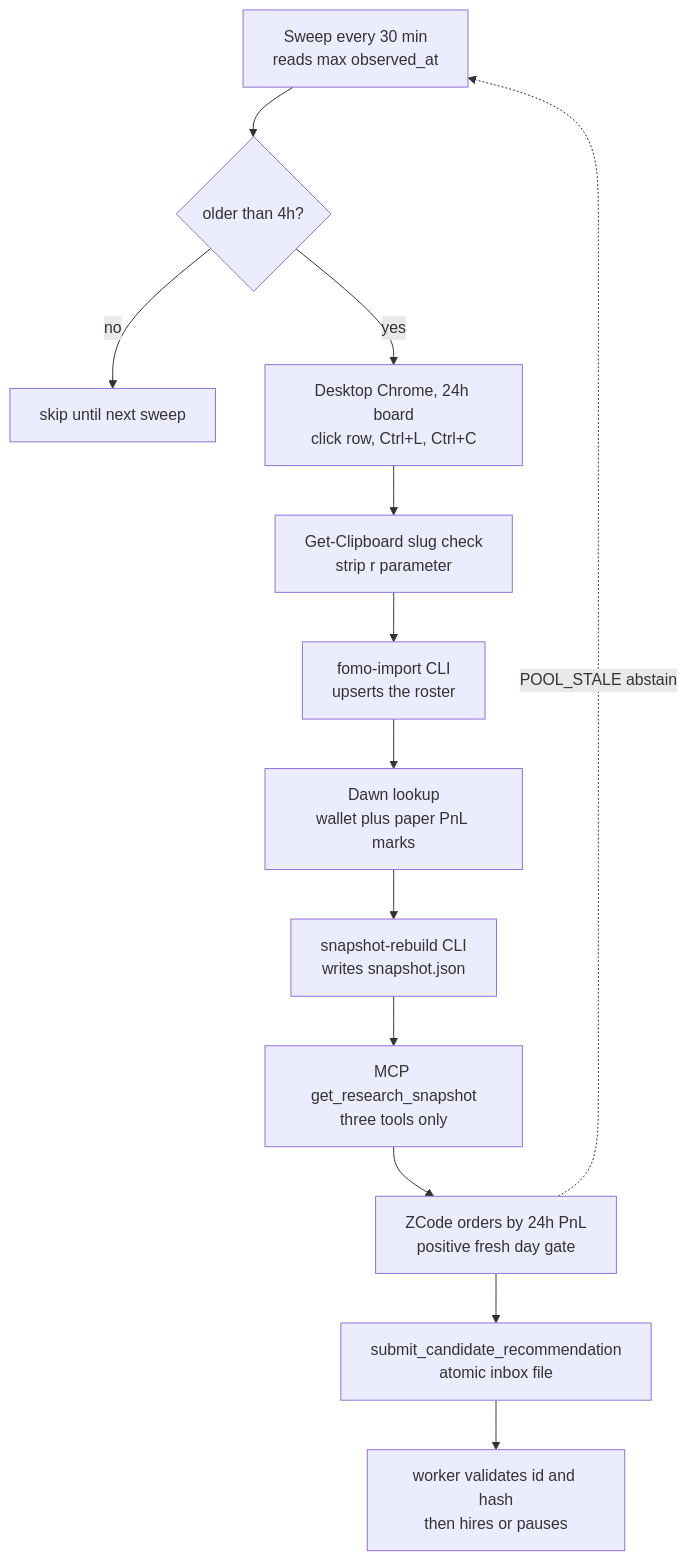
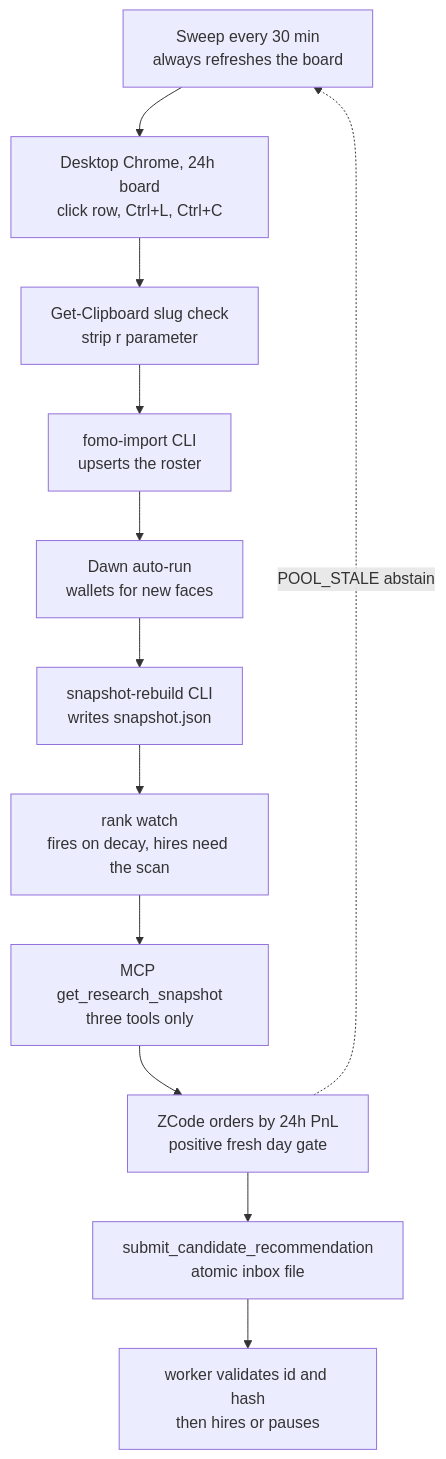
One commit to RuneL89/zcode-copytrade-bot changed the diagram in docs/diagrams/research-pipeline.mmd. Above: the diagram before and after it, drawn with Mermaid. The commit also changed 22 other files, not shown here.

First line of the commit message:
Rank-fire rule: fire on board decay, hire only board-present, no cooldown

```diff
--- a/docs/diagrams/research-pipeline.mmd
+++ b/docs/diagrams/research-pipeline.mmd
@@ -1,14 +1,13 @@
 %% Render: ~/.zcode/tools/mermaid-render/render.sh -i research-pipeline.mmd -o ../images/research-pipeline.png -b white -s 2 -w 1600
 flowchart TD
-    A["Sweep every 30 min<br/>reads max observed_at"] --> B{"older than 4h?"}
-    B -->|no| S["skip until next sweep"]
-    B -->|yes| C["Desktop Chrome, 24h board<br/>click row, Ctrl+L, Ctrl+C"]
+    A["Sweep every 30 min<br/>always refreshes the board"] --> C["Desktop Chrome, 24h board<br/>click row, Ctrl+L, Ctrl+C"]
     C --> D["Get-Clipboard slug check<br/>strip r parameter"]
     D --> E["fomo-import CLI<br/>upserts the roster"]
-    E --> F["Dawn lookup<br/>wallet plus paper PnL marks"]
+    E --> F["Dawn auto-run<br/>wallets for new faces"]
     F --> G["snapshot-rebuild CLI<br/>writes snapshot.json"]
-    G --> H["MCP get_research_snapshot<br/>three tools only"]
+    G --> R["rank watch<br/>fires on decay, hires need the scan"]
+    R --> H["MCP get_research_snapshot<br/>three tools only"]
     H --> I["ZCode orders by 24h PnL<br/>positive fresh day gate"]
     I --> J["submit_candidate_recommendation<br/>atomic inbox file"]
     J --> K["worker validates id and hash<br/>then hires or pauses"]
     I -.->|POOL_STALE abstain| A
```
